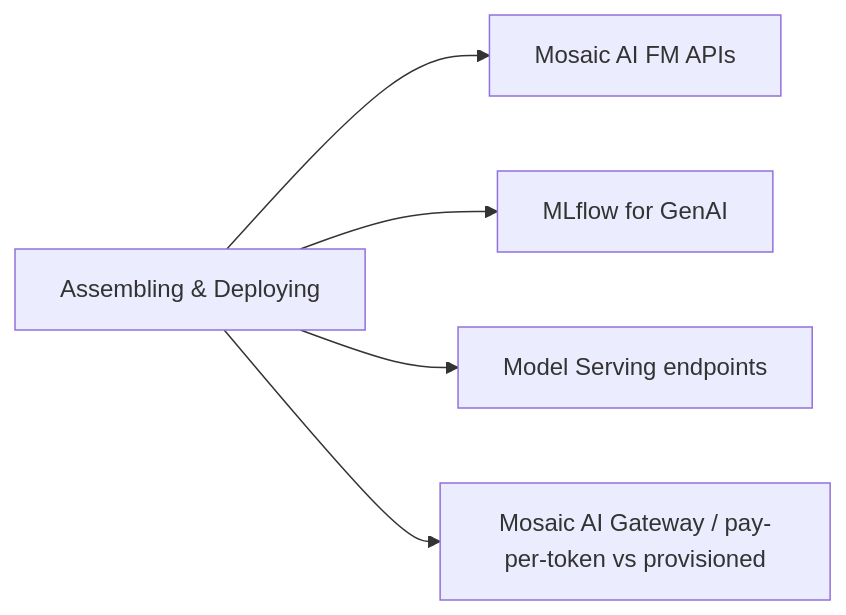
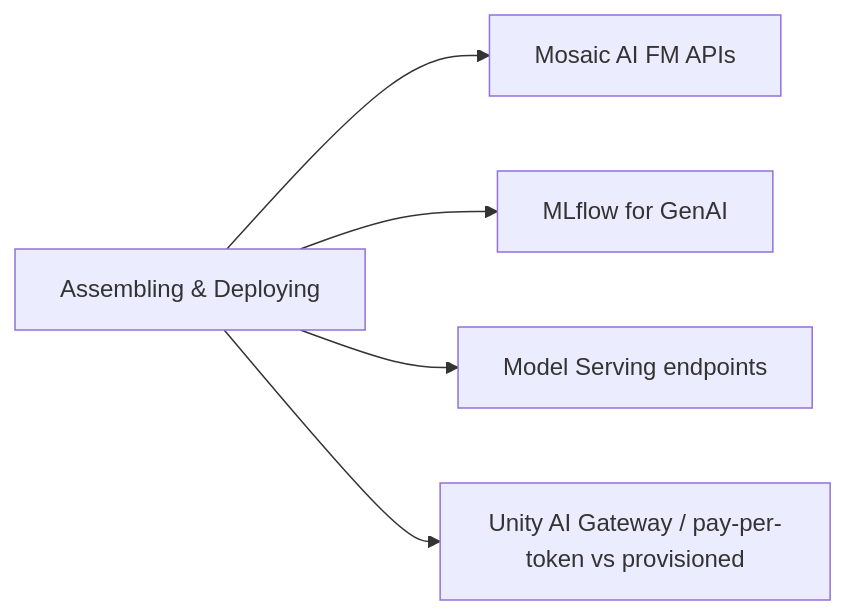
One commit to kengio/databricks-certification-study-guide changed the diagram in certifications/genai-engineer-associate/02-assembling-and-deploying-apps/README.md. Above: the diagram before and after it, drawn with Mermaid. The commit also changed other lines of this file and 4 other files, not shown here.

First line of the commit message:
review(round1+2+3): apply factual, style, and roadmap fixes

````diff
--- a/certifications/genai-engineer-associate/02-assembling-and-deploying-apps/README.md
+++ b/certifications/genai-engineer-associate/02-assembling-and-deploying-apps/README.md
@@ -18,7 +18,7 @@
 ```mermaid
 flowchart LR
     AD[Assembling & Deploying] --> Mosaic[Mosaic AI FM APIs]
     AD --> MLflow[MLflow for GenAI]
     AD --> Serve[Model Serving endpoints]
-    AD --> Gateway[Mosaic AI Gateway / pay-per-token vs provisioned]
+    AD --> Gateway[Unity AI Gateway / pay-per-token vs provisioned]
 ```
````
